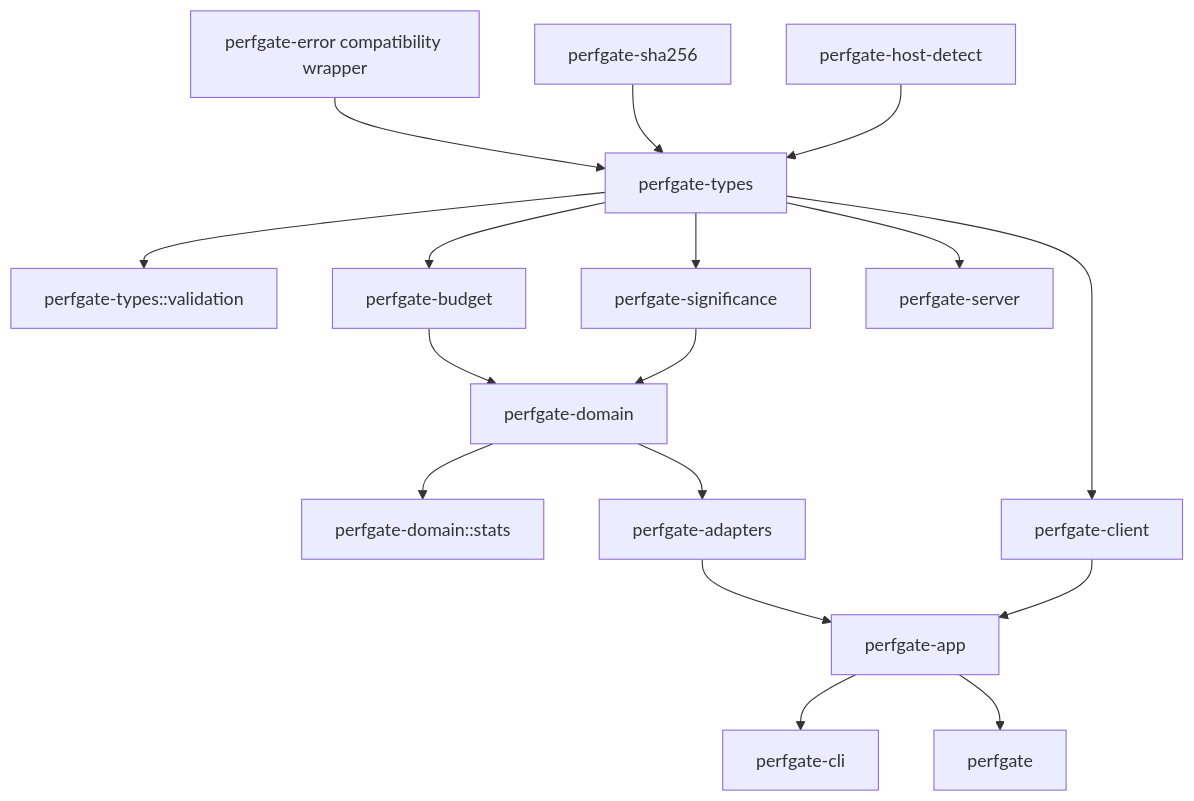
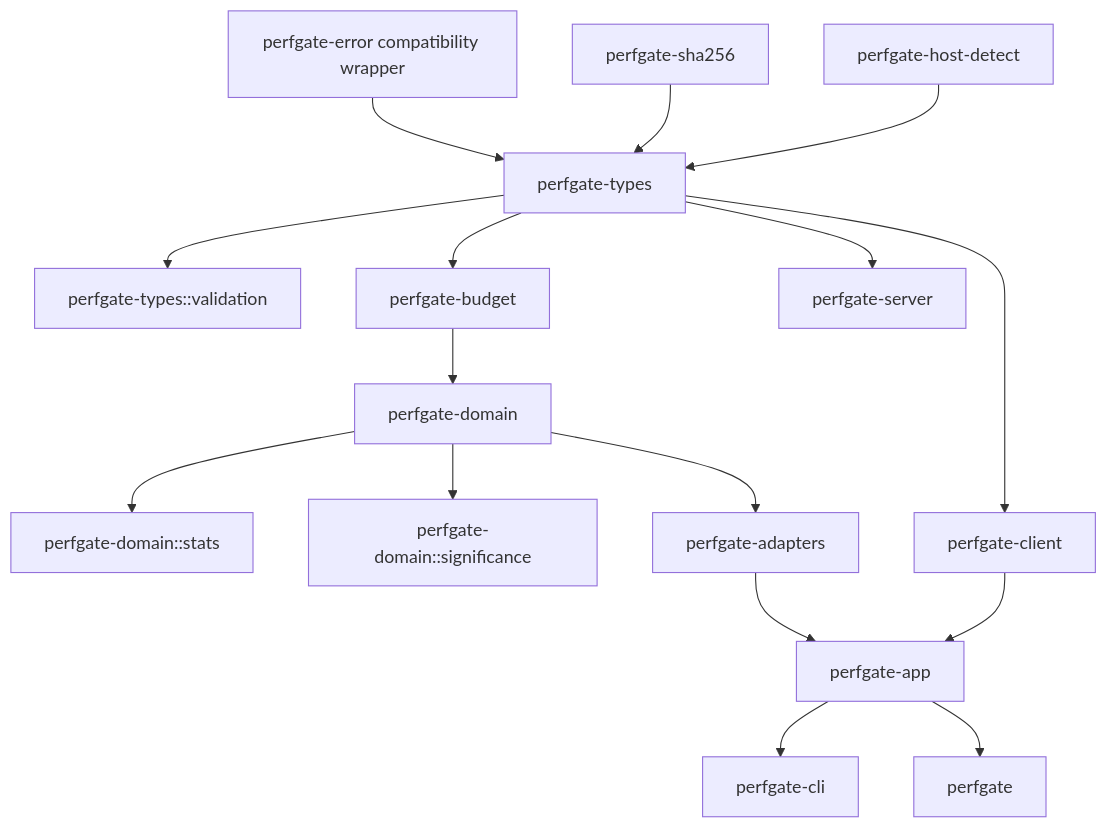
One commit to EffortlessMetrics/perfgate-swarm changed the diagram in docs/WORKSPACE.md. Above: the diagram before and after it, drawn with Mermaid. The commit also changed other lines of this file and 40 other files, not shown here.

Commit message:
Absorb significance crate into domain module (#252)

````diff
--- a/docs/WORKSPACE.md
+++ b/docs/WORKSPACE.md
@@ -35,19 +34,18 @@
 ```mermaid
 graph TD
   error[perfgate-error compatibility wrapper] --> types[perfgate-types]
   sha[perfgate-sha256] --> types
   domain --> stats[perfgate-domain::stats]
   types --> val[perfgate-types::validation]
   host[perfgate-host-detect] --> types
   types --> budget[perfgate-budget]
-  types --> sig[perfgate-significance]
+  domain --> sig[perfgate-domain::significance]
   budget --> domain[perfgate-domain]
-  sig --> domain
   domain --> adapters[perfgate-adapters]
   adapters --> app[perfgate-app]
   app --> cli[perfgate-cli]
   app --> facade[perfgate]
   types --> client[perfgate-client]
   client --> app
   types --> server[perfgate-server]
 ```
````
